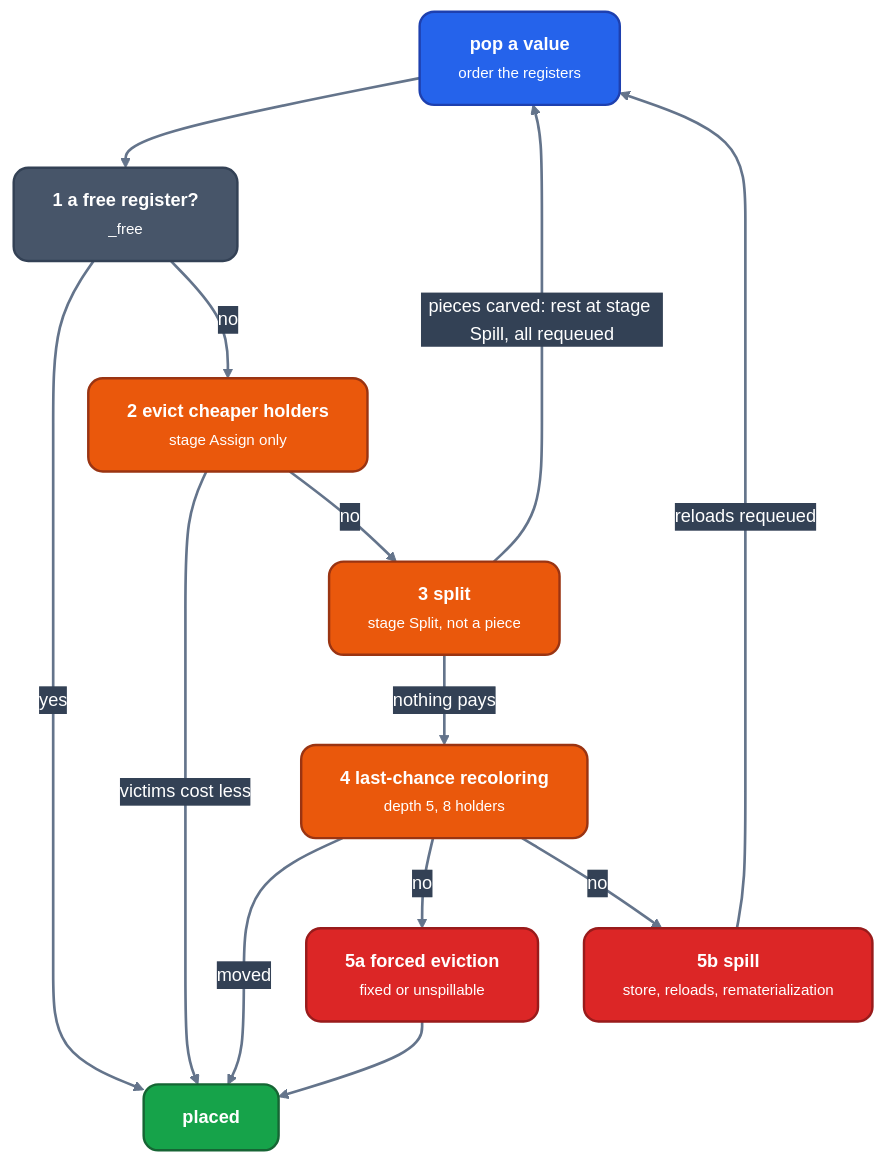
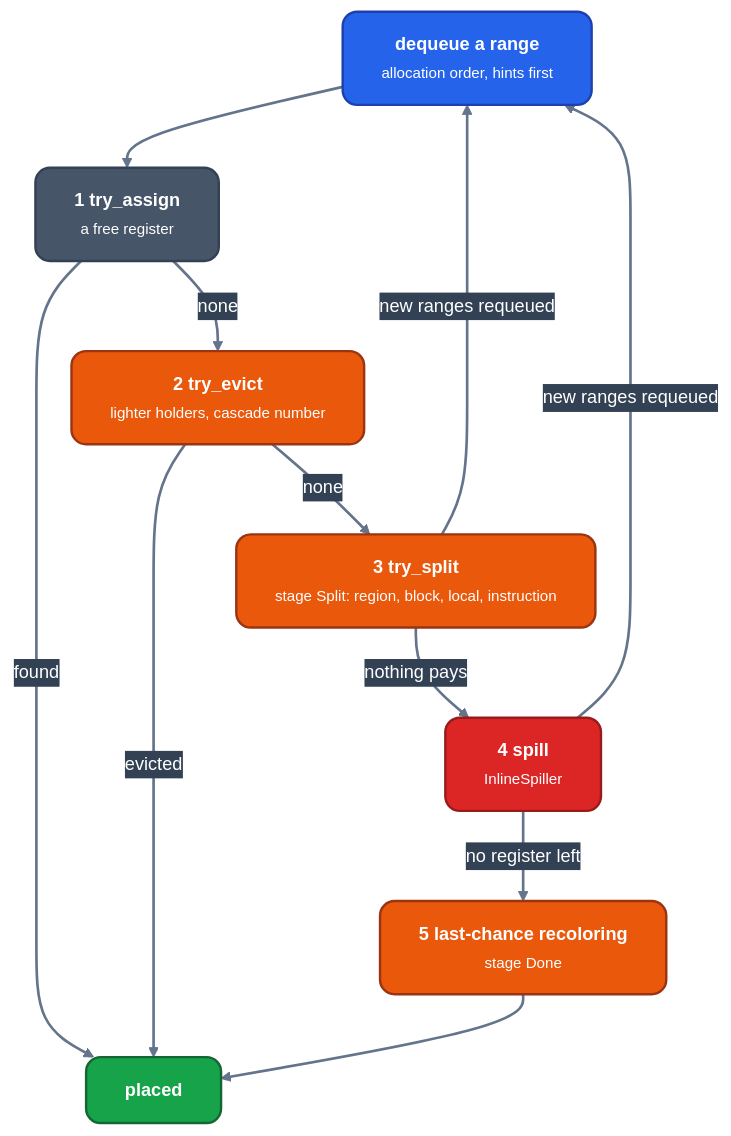
One commit to ali-mosavian/llrm changed the diagram in docs/machine/register-allocation/assignment.md. Above: the diagram before and after it, drawn with Mermaid. The commit also changed other lines of this file and 1 other file, not shown here.

````diff
--- a/docs/machine/register-allocation/assignment.md
+++ b/docs/machine/register-allocation/assignment.md
@@ -19,30 +13,27 @@
 ```mermaid
 %%{init: {'theme':'base','themeVariables':{'fontFamily':'Segoe UI, Helvetica Neue, Arial, DejaVu Sans, sans-serif','fontSize':'15px','primaryColor':'#475569','primaryTextColor':'#ffffff','primaryBorderColor':'#334155','lineColor':'#64748b','secondaryColor':'#475569','tertiaryColor':'transparent','clusterBkg':'transparent','clusterBorder':'#64748b','edgeLabelBackground':'#334155','textColor':'#64748b','titleColor':'#64748b'},'flowchart':{'curve':'basis','nodeSpacing':38,'rankSpacing':52,'padding':16,'wrappingWidth':360,'htmlLabels':true,'useMaxWidth':true}}}%%
 flowchart TB
   classDef src fill:#2563eb,stroke:#1e40af,stroke-width:2px,color:#ffffff,rx:12px,ry:12px
   classDef mid fill:#475569,stroke:#334155,stroke-width:2px,color:#ffffff,rx:12px,ry:12px
   classDef opt fill:#ea580c,stroke:#9a3412,stroke-width:2px,color:#ffffff,rx:12px,ry:12px
   classDef out fill:#16a34a,stroke:#166534,stroke-width:2px,color:#ffffff,rx:12px,ry:12px
   classDef warn fill:#dc2626,stroke:#991b1b,stroke-width:2px,color:#ffffff,rx:12px,ry:12px
   linkStyle default stroke:#64748b,stroke-width:2.2px
-  pop["<b>pop a value</b><br/><small>order the registers</small>"]:::src
-  free["<b>1 a free register?</b><br/><small>_free</small>"]:::mid
-  evict["<b>2 evict cheaper holders</b><br/><small>stage Assign only</small>"]:::opt
-  split["<b>3 split</b><br/><small>stage Split, not a piece</small>"]:::opt
-  recolor["<b>4 last-chance recoloring</b><br/><small>depth 5, 8 holders</small>"]:::opt
-  forced["<b>5a forced eviction</b><br/><small>fixed or unspillable</small>"]:::warn
-  spill["<b>5b spill</b><br/><small>store, reloads, rematerialization</small>"]:::warn
+  pop["<b>dequeue a range</b><br/><small>allocation order, hints first</small>"]:::src
+  assign["<b>1 try_assign</b><br/><small>a free register</small>"]:::mid
+  evict["<b>2 try_evict</b><br/><small>lighter holders, cascade number</small>"]:::opt
+  split["<b>3 try_split</b><br/><small>stage Split: region, block, local, instruction</small>"]:::opt
+  spill["<b>4 spill</b><br/><small>InlineSpiller</small>"]:::warn
+  last["<b>5 last-chance recoloring</b><br/><small>stage Done</small>"]:::opt
   done["<b>placed</b>"]:::out
-  pop --> free
-  free -->|yes| done
-  free -->|no| evict
-  evict -->|victims cost less| done
-  evict -->|no| split
-  split -->|pieces carved: rest at stage Spill, all requeued| pop
-  split -->|nothing pays| recolor
-  recolor -->|moved| done
-  recolor -->|no| forced
-  recolor -->|no| spill
-  forced --> done
-  spill -->|reloads requeued| pop
+  pop --> assign
+  assign -->|found| done
+  assign -->|none| evict
+  evict -->|evicted| done
+  evict -->|none| split
+  split -->|new ranges requeued| pop
+  split -->|nothing pays| spill
+  spill -->|new ranges requeued| pop
+  spill -->|no register left| last
+  last --> done
 ```
````
